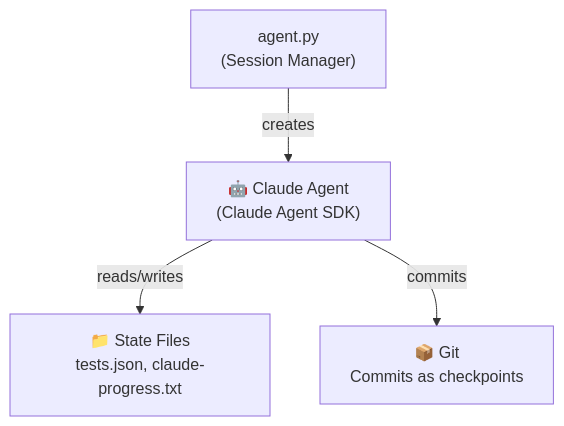
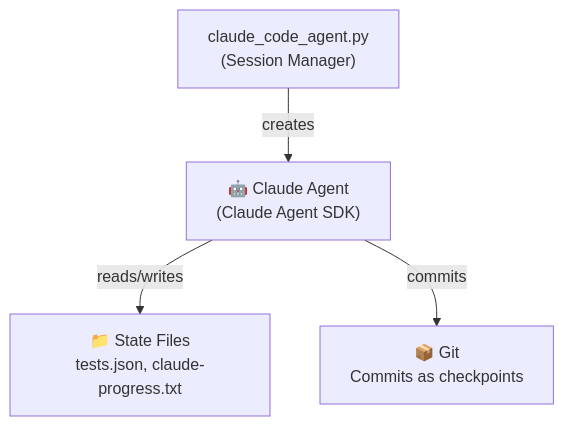
Before and after one commit to jawhnycooke/riv2025-long-horizon-coding-agent-demo: the diagram in PRD.md, drawn with Mermaid. The commit also changed other lines of this file and 26 other files, not shown here.

First line of the commit message:
refactor: Two-container ECS/Fargate architecture

````diff
--- a/PRD.md
+++ b/PRD.md
@@ -20,11 +20,11 @@
 ```mermaid
 flowchart TB
-    SessionMgr["agent.py<br/>(Session Manager)"]
+    SessionMgr["claude_code_agent.py<br/>(Session Manager)"]
     Claude["🤖 Claude Agent<br/>(Claude Agent SDK)"]
     Files["📁 State Files<br/>tests.json, claude-progress.txt"]
     Git["📦 Git<br/>Commits as checkpoints"]
 
     SessionMgr -->|"creates"| Claude
     Claude -->|"reads/writes"| Files
     Claude -->|"commits"| Git
 ```
````
